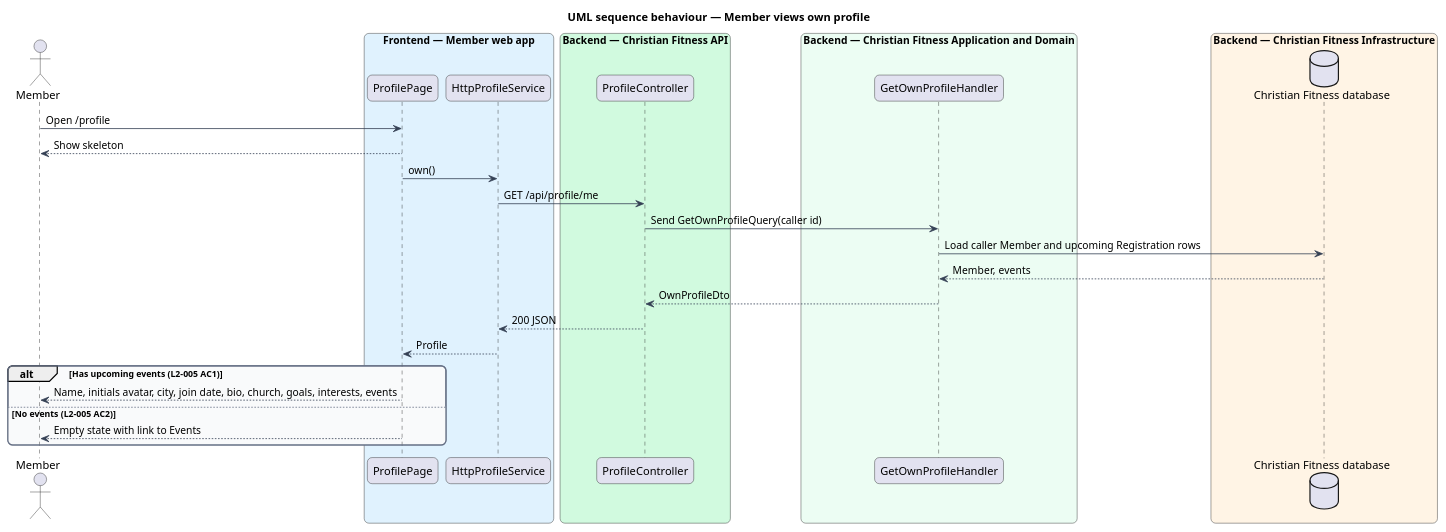
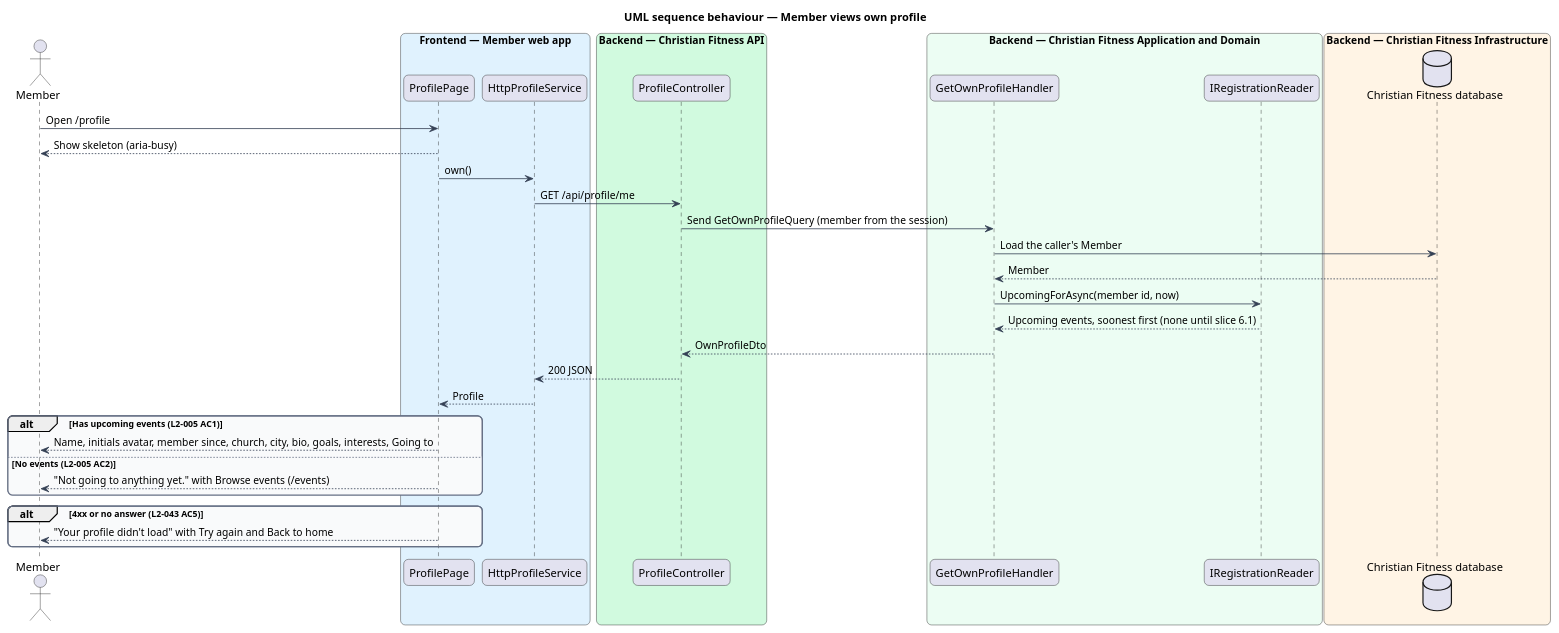
One commit to QuinntyneBrown/christian-fitness changed the diagram in docs/detailed-designs/member-profile/view-profile/diagrams/sequence-view-own-profile.puml. Above: the diagram before and after it, drawn with PlantUML. The commit also changed 18 other files, not shown here.

First line of the commit message:
Align the profile design and mocks with slice 18.1

```diff
--- a/docs/detailed-designs/member-profile/view-profile/diagrams/sequence-view-own-profile.puml
+++ b/docs/detailed-designs/member-profile/view-profile/diagrams/sequence-view-own-profile.puml
@@ -1,46 +1,52 @@
 @startuml
 title UML sequence behaviour — Member views own profile
 skinparam backgroundColor #FFFFFF
 skinparam shadowing false
 skinparam roundcorner 12
 skinparam defaultFontName Arial
 skinparam ArrowColor #344054
 skinparam rectangle {
   BorderColor #344054
   FontColor #101828
 }
 skinparam package {
   BorderColor #667085
   FontColor #101828
   BackgroundColor #F9FAFB
 }
 actor "Member" as actor
 box "Frontend — Member web app" #E0F2FE
   participant "ProfilePage" as page
   participant "HttpProfileService" as client
 end box
 box "Backend — Christian Fitness API" #D1FADF
   participant "ProfileController" as ctrl
 end box
 box "Backend — Christian Fitness Application and Domain" #ECFDF3
   participant "GetOwnProfileHandler" as h
+  participant "IRegistrationReader" as reg
 end box
 box "Backend — Christian Fitness Infrastructure" #FFF4E5
   database "Christian Fitness database" as db
 end box
 actor -> page : Open /profile
-page --> actor : Show skeleton
+page --> actor : Show skeleton (aria-busy)
 page -> client : own()
 client -> ctrl : GET /api/profile/me
-ctrl -> h : Send GetOwnProfileQuery(caller id)
-h -> db : Load caller Member and upcoming Registration rows
-db --> h : Member, events
+ctrl -> h : Send GetOwnProfileQuery (member from the session)
+h -> db : Load the caller's Member
+db --> h : Member
+h -> reg : UpcomingForAsync(member id, now)
+reg --> h : Upcoming events, soonest first (none until slice 6.1)
 h --> ctrl : OwnProfileDto
 ctrl --> client : 200 JSON
 client --> page : Profile
 alt Has upcoming events (L2-005 AC1)
-  page --> actor : Name, initials avatar, city, join date, bio, church, goals, interests, events
+  page --> actor : Name, initials avatar, member since, church, city, bio, goals, interests, Going to
 else No events (L2-005 AC2)
-  page --> actor : Empty state with link to Events
+  page --> actor : "Not going to anything yet." with Browse events (/events)
+end
+alt 4xx or no answer (L2-043 AC5)
+  page --> actor : "Your profile didn't load" with Try again and Back to home
 end
 @enduml
```
